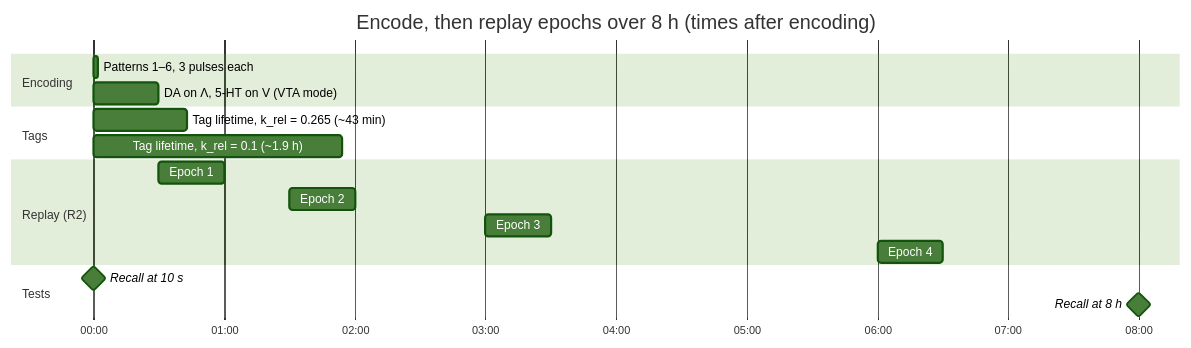
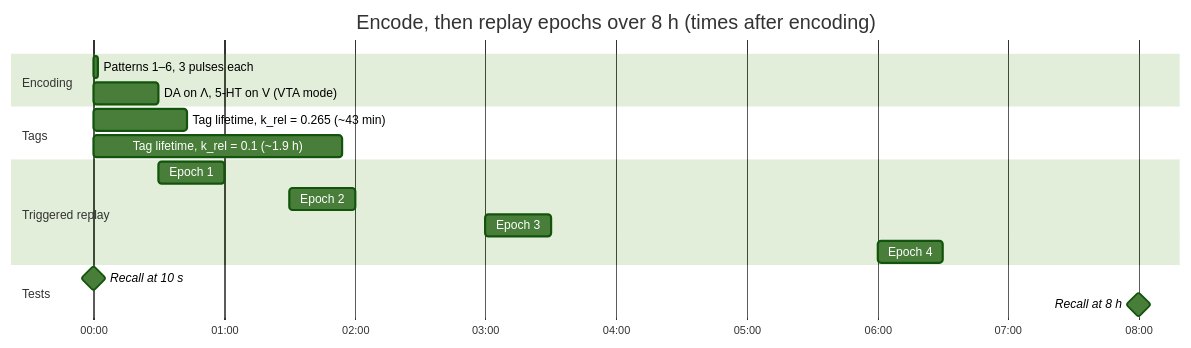
One commit to max-talanov/tinyCA3 changed the seventh of 7 diagrams in docs/implementation_plan.md. Above: the diagram before and after it, drawn with Mermaid (forest theme). The commit also changed other lines of this file, not shown here.

First line of the commit message:
Docs: plan uses triggered replay only and Hodgkin-Huxley cells

````diff
--- a/docs/implementation_plan.md
+++ b/docs/implementation_plan.md
@@ -402,20 +404,20 @@
 ```mermaid
 gantt
     title Encode, then replay epochs over 8 h (times after encoding)
     dateFormat HH:mm
     axisFormat %H:%M
     section Encoding
     Patterns 1–6, 3 pulses each        :e1, 00:00, 2m
     DA on Λ, 5-HT on V (VTA mode)      :e2, 00:00, 30m
     section Tags
     Tag lifetime, k_rel = 0.265 (~43 min) :t1, 00:00, 43m
     Tag lifetime, k_rel = 0.1 (~1.9 h)    :t2, 00:00, 114m
-    section Replay (R2)
+    section Triggered replay
     Epoch 1                            :r1, 00:30, 30m
     Epoch 2                            :r2, 01:30, 30m
     Epoch 3                            :r3, 03:00, 30m
     Epoch 4                            :r4, 06:00, 30m
     section Tests
     Recall at 10 s                     :milestone, 00:00, 0m
     Recall at 8 h                      :milestone, 08:00, 0m
 ```
````
